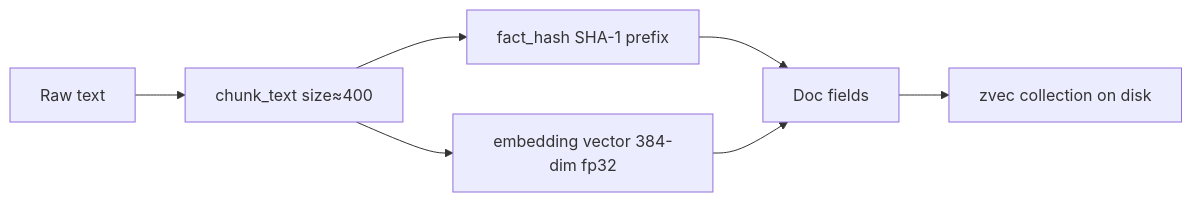
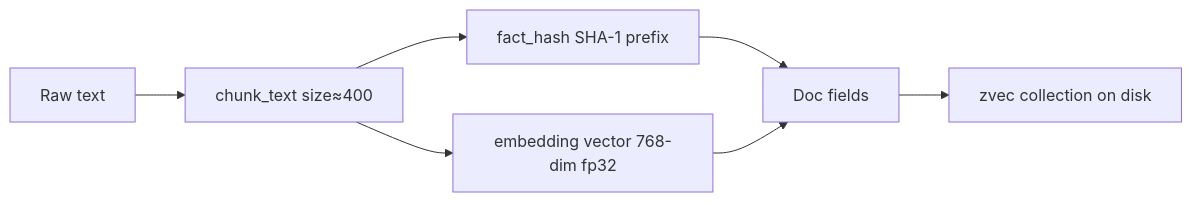
The sixth of 7 diagrams in docs/context-engine-architecture.md (TeddyJubu/context-engine), drawn with Mermaid before and after one commit. The commit also changed other lines of this file and 17 other files, not shown here.

Commit message:
Harden auth flow and document config updates

````diff
--- a/docs/context-engine-architecture.md
+++ b/docs/context-engine-architecture.md
@@ -234,9 +241,9 @@
 ```mermaid
 flowchart LR
     T[Raw text] --> C[chunk_text size≈400]
     C --> H[fact_hash SHA-1 prefix]
-    C --> E[embedding vector 384-dim fp32]
+    C --> E[embedding vector 768-dim fp32]
     H --> D[Doc fields]
     E --> D
     D --> Z[zvec collection on disk]
 ```
````
